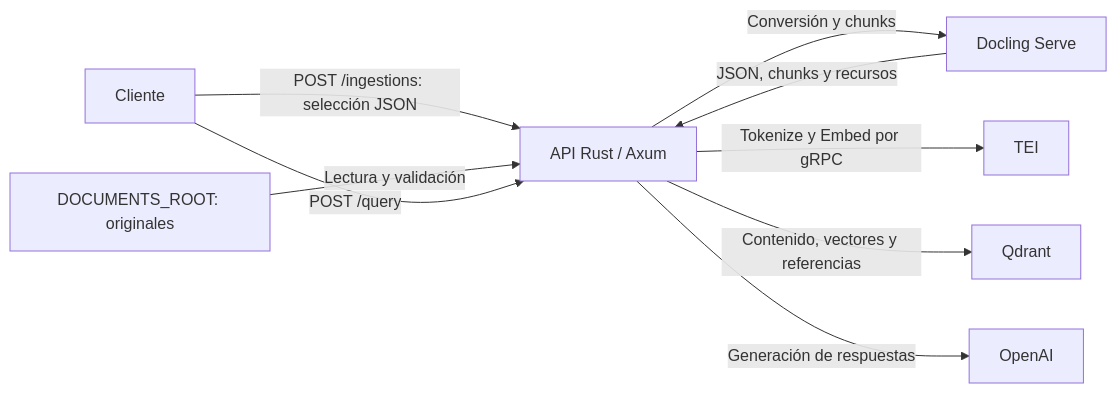
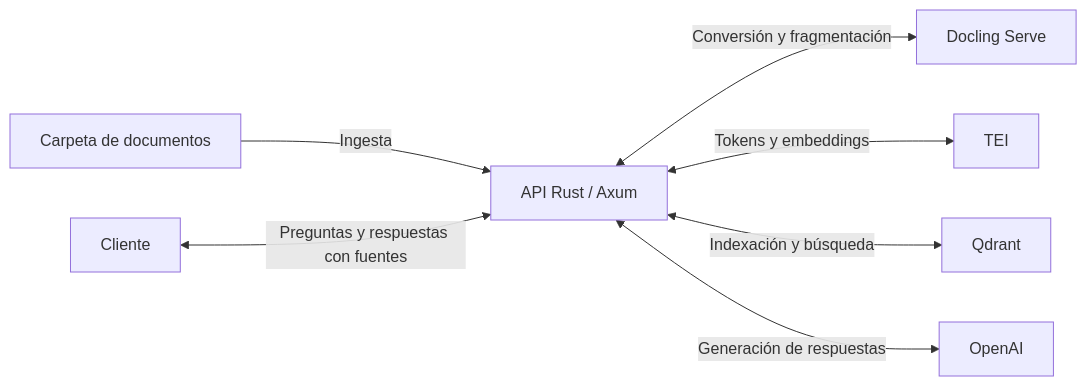
Before and after one commit to jdarealle/tisenda-api: the diagram in README.md, drawn with Mermaid. The commit also changed other lines of this file, not shown here.

````diff
--- a/README.md
+++ b/README.md
@@ -7,11 +14,9 @@
 ```mermaid
 flowchart LR
-    Cliente -->|POST /ingestions: selección JSON|API[API Rust / Axum]
-    Origen[DOCUMENTS_ROOT: originales] -->|Lectura y validación|API
-    API -->|Conversión y chunks|Docling[Docling Serve]
-    Docling -->|JSON, chunks y recursos|API
-    API -->|Tokenize y Embed por gRPC|TEI
-    API -->|Contenido, vectores y referencias|Qdrant
-    Cliente -->|POST /query|API
-    API -->|Generación de respuestas|OpenAI
+    Originales[Carpeta de documentos] -->|Ingesta|API[API Rust / Axum]
+    API <-->|Conversión y fragmentación|Docling[Docling Serve]
+    API <-->|Tokens y embeddings|TEI
+    API <-->|Indexación y búsqueda|Qdrant
+    Cliente <-->|Preguntas y respuestas con fuentes|API
+    API <-->|Generación de respuestas|OpenAI
 ```
````
